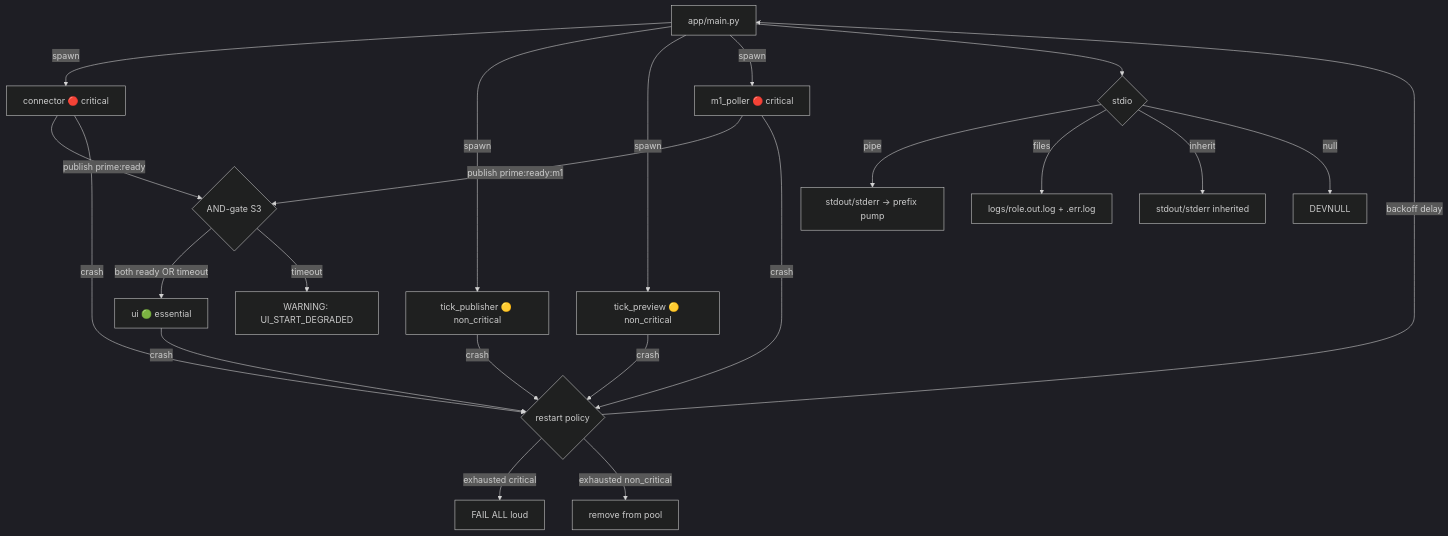
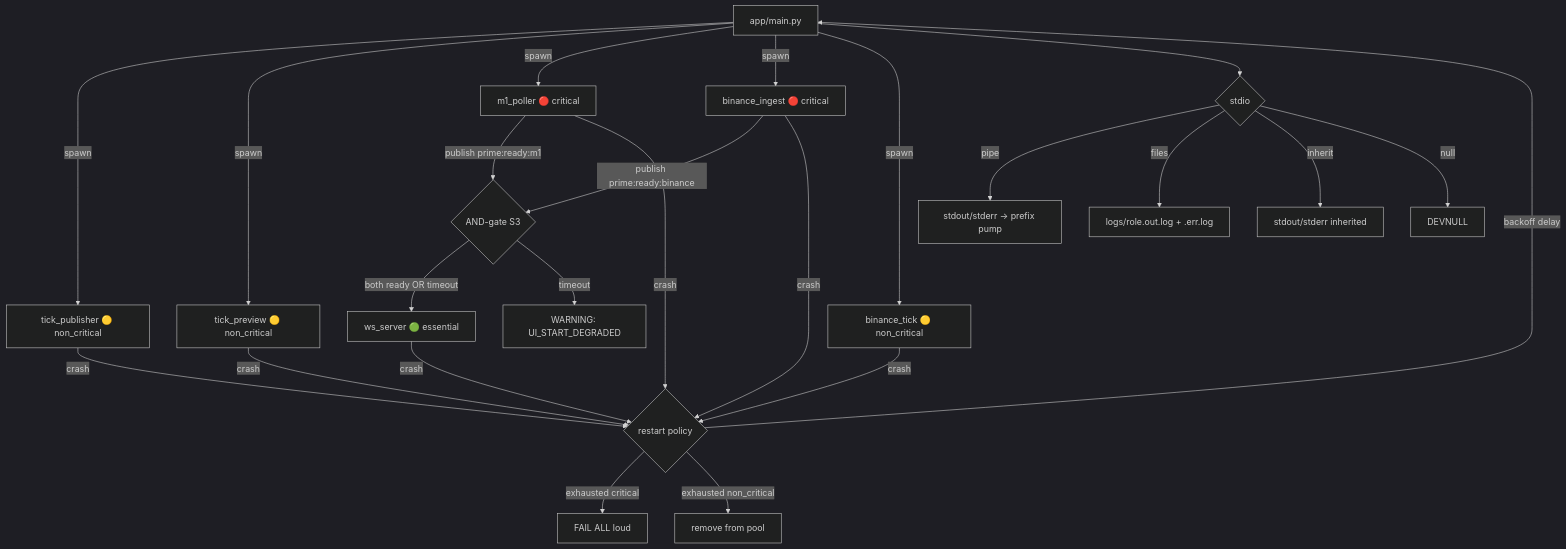
Before and after one commit to Std07-1/v3: the tenth of 13 diagrams in docs/system_current_overview.md, drawn with Mermaid (dark theme). The commit also changed other lines of this file and 10 other files, not shown here.

````diff
--- a/docs/system_current_overview.md
+++ b/docs/system_current_overview.md
@@ -533,24 +534,26 @@
 ```mermaid
 flowchart TD
-    A[app/main.py] -->|spawn| B[connector 🔴 critical]
-    A -->|spawn| C[tick_publisher 🟡 non_critical]
+    A[app/main.py] -->|spawn| C[tick_publisher 🟡 non_critical]
     A -->|spawn| D[tick_preview 🟡 non_critical]
     A -->|spawn| E[m1_poller 🔴 critical]
-    B -->|publish prime:ready| PR{AND-gate S3}
+    A -->|spawn| BI[binance_ingest 🔴 critical]
+    A -->|spawn| BT[binance_tick 🟡 non_critical]
     E -->|publish prime:ready:m1| PR
-    PR -->|both ready OR timeout| F[ui 🟢 essential]
+    BI -->|publish prime:ready:binance| PR{AND-gate S3}
+    PR -->|both ready OR timeout| F[ws_server 🟢 essential]
     PR -->|timeout| W[WARNING: UI_START_DEGRADED]
-    B -->|crash| R{restart policy}
-    C -->|crash| R
+    C -->|crash| R{restart policy}
     D -->|crash| R
     E -->|crash| R
+    BI -->|crash| R
+    BT -->|crash| R
     F -->|crash| R
     R -->|backoff delay| A
     R -->|exhausted critical| X[FAIL ALL loud]
     R -->|exhausted non_critical| Y[remove from pool]
     A --> G{stdio}
     G -->|pipe| H[stdout/stderr -> prefix pump]
     G -->|files| I[logs/role.out.log + .err.log]
     G -->|inherit| J[stdout/stderr inherited]
     G -->|null| K[DEVNULL]
 ```
````
